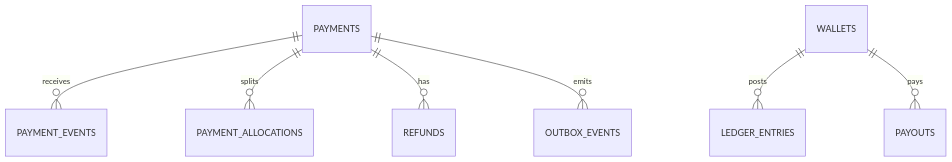
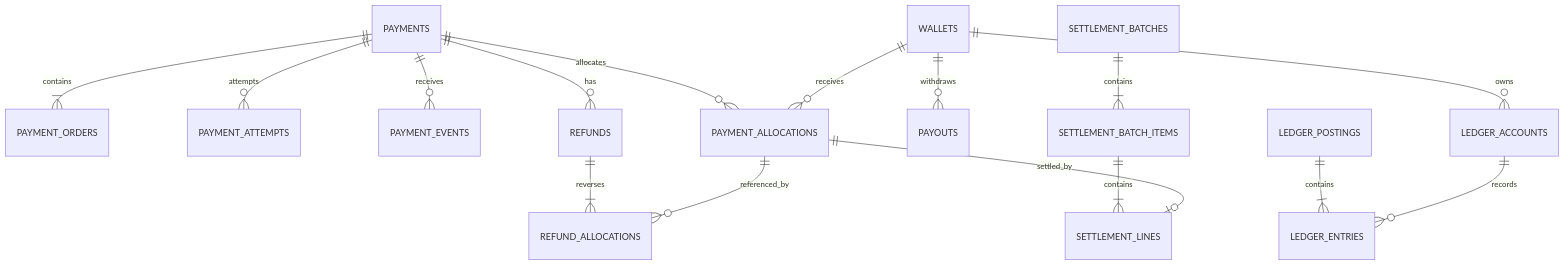
One commit to ecommerce-taca/docs changed the diagram in payment-wallet-docs/docs/db/payment-wallet.md. Above: the diagram before and after it, drawn with Mermaid. The commit also changed other lines of this file and 3 other files, not shown here.

First line of the commit message:
docs(payment-wallet): align api/db/lld/test with code (endpoint status, error envelope, events, migrations V001-V021)

````diff
--- a/payment-wallet-docs/docs/db/payment-wallet.md
+++ b/payment-wallet-docs/docs/db/payment-wallet.md
@@ -20,9 +24,22 @@
 ```mermaid
 erDiagram
+    PAYMENTS ||--|{ PAYMENT_ORDERS : contains
+    PAYMENTS ||--o{ PAYMENT_ATTEMPTS : attempts
     PAYMENTS ||--o{ PAYMENT_EVENTS : receives
-    PAYMENTS ||--o{ PAYMENT_ALLOCATIONS : splits
-    WALLETS ||--o{ LEDGER_ENTRIES : posts
+    PAYMENTS ||--o{ PAYMENT_ALLOCATIONS : allocates
     PAYMENTS ||--o{ REFUNDS : has
-    WALLETS ||--o{ PAYOUTS : pays
-    PAYMENTS ||--o{ OUTBOX_EVENTS : emits
+
+    WALLETS ||--o{ PAYMENT_ALLOCATIONS : receives
+    WALLETS ||--o{ PAYOUTS : withdraws
+    WALLETS ||--o{ LEDGER_ACCOUNTS : owns
+
+    LEDGER_POSTINGS ||--|{ LEDGER_ENTRIES : contains
+    LEDGER_ACCOUNTS ||--o{ LEDGER_ENTRIES : records
+
+    REFUNDS ||--|{ REFUND_ALLOCATIONS : reverses
+    PAYMENT_ALLOCATIONS ||--o{ REFUND_ALLOCATIONS : referenced_by
+
+    SETTLEMENT_BATCHES ||--|{ SETTLEMENT_BATCH_ITEMS : contains
+    SETTLEMENT_BATCH_ITEMS ||--|{ SETTLEMENT_LINES : contains
+    PAYMENT_ALLOCATIONS ||--o| SETTLEMENT_LINES : settled_by
 ```
````
